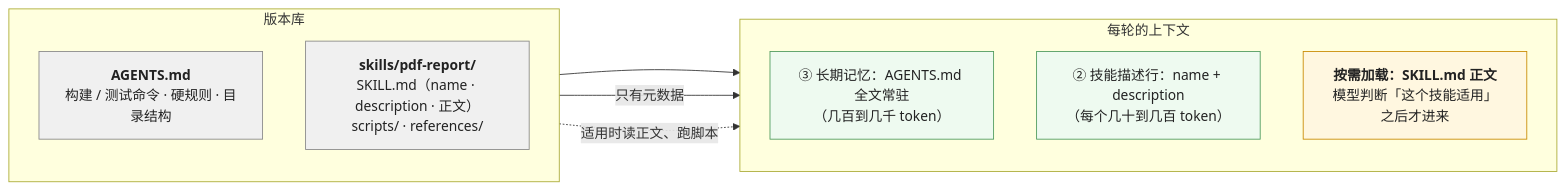
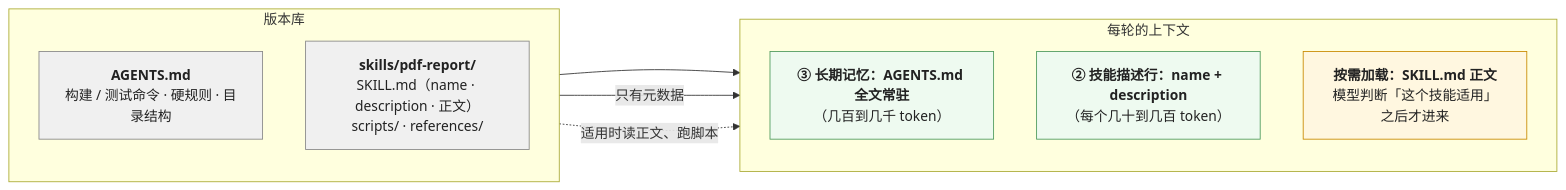
The fourth of 6 diagrams in _posts/2026-10-11-prompts-as-code-versioning-evals-and-context-vs-retrieval.md (arganzheng/arganzheng.github.com), drawn with Mermaid before and after one commit. The commit also changed other lines of this file and 8 other files, not shown here.

````diff
--- a/_posts/2026-10-11-prompts-as-code-versioning-evals-and-context-vs-retrieval.md
+++ b/_posts/2026-10-11-prompts-as-code-versioning-evals-and-context-vs-retrieval.md
@@ -188,24 +209,24 @@
 ```mermaid
 %% 图：AGENTS.md 与 SKILL.md 在上下文里的位置——AGENTS.md 常驻（第一篇的 ③ 长期记忆，每轮都在）；SKILL.md 只有 name + description 常驻，正文与 scripts/ 在模型判断适用后才加载；两者都在版本库里随代码提交
 flowchart LR
     subgraph REPO["版本库"]
         direction TB
         AG["<b>AGENTS.md</b><br/>构建 / 测试命令 · 硬规则 · 目录结构"]
         SK["<b>skills/pdf-report/</b><br/>SKILL.md（name · description · 正文）<br/>scripts/ · references/"]
     end
     subgraph CTX["每轮的上下文"]
         direction TB
-        C1["③ 长期记忆：AGENTS.md 全文常驻<br/>（几百到几千 token）"]
-        C2["② 技能描述行：name + description<br/>（每个几十到几百 token）"]
+        C1["<b>③ 长期记忆：AGENTS.md 全文常驻</b><br/>（几百到几千 token）"]
+        C2["<b>② 技能描述行：name + description</b><br/>（每个几十到几百 token）"]
         C3["<b>按需加载：SKILL.md 正文</b><br/>模型判断「这个技能适用」之后才进来"]
     end
     AG --> C1
     SK -->|"只有元数据"| C2
     SK -.->|"适用时读正文、跑脚本"| C3
     classDef repo fill:#f0f0f0,stroke:#888,color:#222
     classDef res fill:#eefaf0,stroke:#4d9a5c,color:#222
     classDef lazy fill:#fff7e0,stroke:#c98a00,color:#222
     class AG,SK repo
     class C1,C2 res
     class C3 lazy
 ```
````
